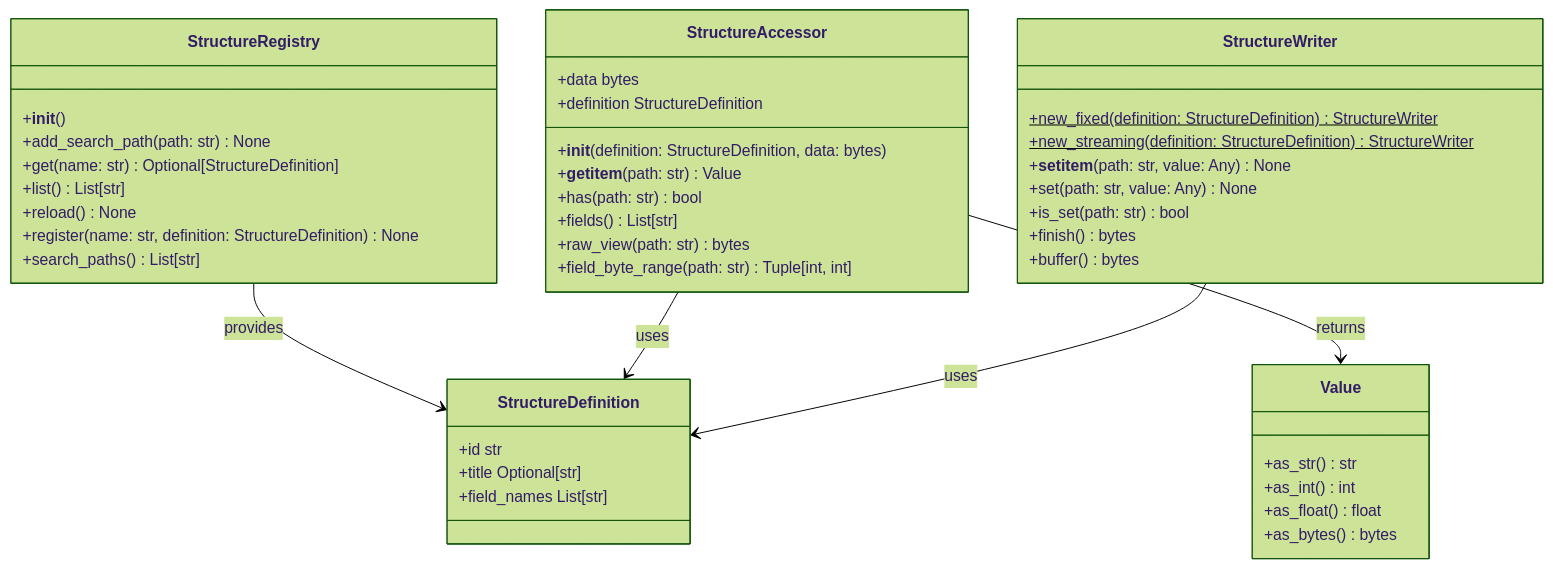
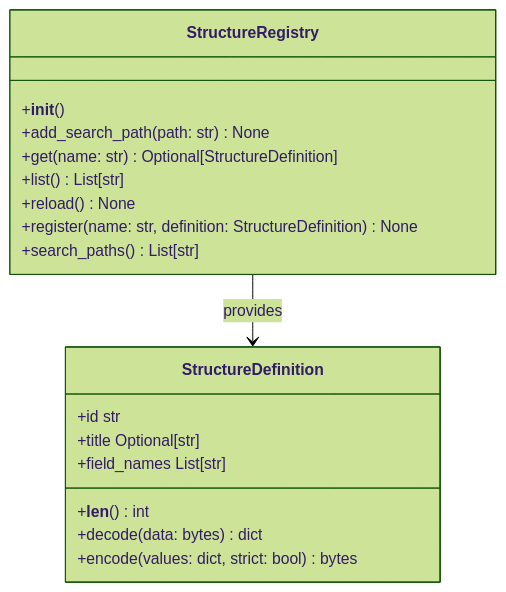
One commit to awslabs/osml-imagery-io changed the ninth of 9 diagrams in docs/design/api-design.md. Above: the diagram before and after it, drawn with Mermaid (forest theme). The commit also changed other lines of this file and 7 other files, not shown here.

Commit message:
refactor!: remove path-based StructureAccessor/Writer/Value from public API

````diff
--- a/docs/design/api-design.md
+++ b/docs/design/api-design.md
@@ -376,52 +376,24 @@
 ```mermaid
 classDiagram
 direction TB
     class StructureRegistry {
         +__init__()
         +add_search_path(path: str) None
         +get(name: str) Optional[StructureDefinition]
         +list() List[str]
         +reload() None
         +register(name: str, definition: StructureDefinition) None
         +search_paths() List[str]
     }
 
     class StructureDefinition {
         +id str
         +title Optional[str]
         +field_names List[str]
-    }
-
-    class StructureAccessor {
-        +__init__(definition: StructureDefinition, data: bytes)
-        +__getitem__(path: str) Value
-        +has(path: str) bool
-        +fields() List[str]
-        +raw_view(path: str) bytes
-        +field_byte_range(path: str) Tuple[int, int]
-        +data bytes
-        +definition StructureDefinition
-    }
-
-    class StructureWriter {
-        +new_fixed(definition: StructureDefinition)$ StructureWriter
-        +new_streaming(definition: StructureDefinition)$ StructureWriter
-        +__setitem__(path: str, value: Any) None
-        +set(path: str, value: Any) None
-        +is_set(path: str) bool
-        +finish() bytes
-        +buffer() bytes
-    }
-
-    class Value {
-        +as_str() str
-        +as_int() int
-        +as_float() float
-        +as_bytes() bytes
+        +__len__() int
+        +decode(data: bytes) dict
+        +encode(values: dict, strict: bool) bytes
     }
 
     StructureRegistry --> StructureDefinition : provides
-    StructureAccessor --> StructureDefinition : uses
-    StructureAccessor --> Value : returns
-    StructureWriter --> StructureDefinition : uses
 ```
````
